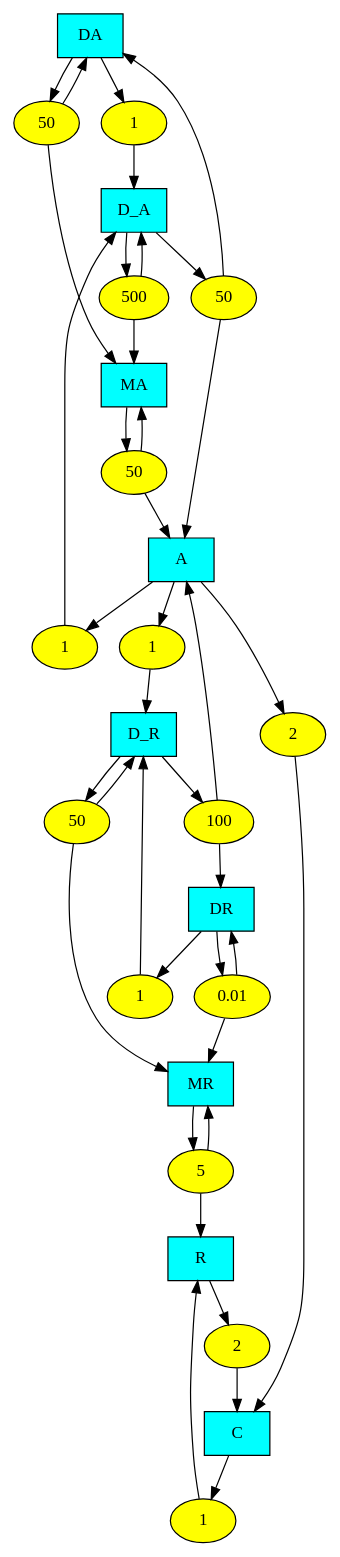
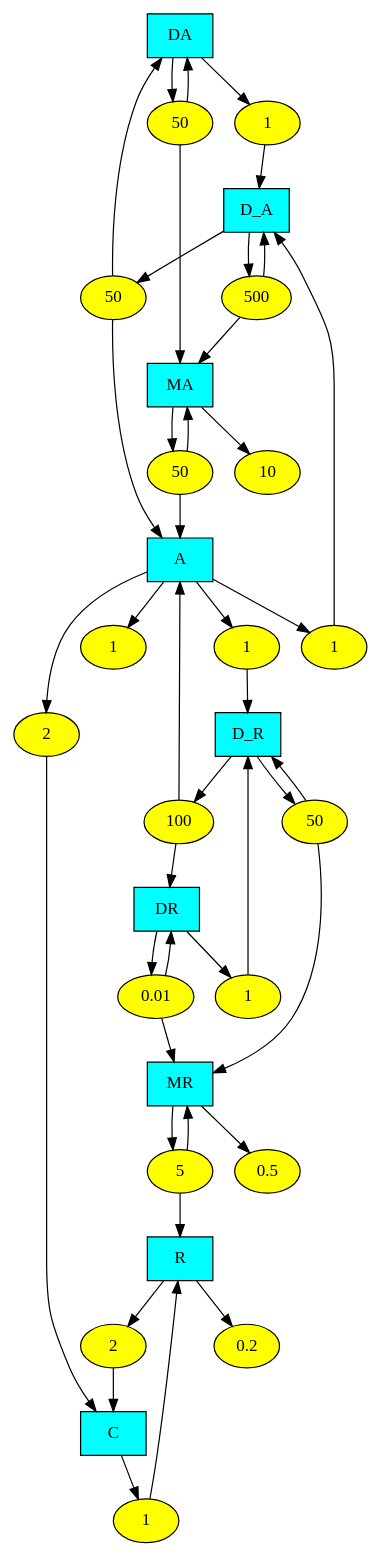
One commit to NikolajKrogh/cpp changed the diagram in Exam/output.dot. Above: the diagram before and after it, drawn with Graphviz. The commit also changed 9 other files, not shown here.

```diff
--- a/Exam/output.dot
+++ b/Exam/output.dot
@@ -1,64 +1,72 @@
 digraph {
 s0[label="DA",shape="box",style="filled",fillcolor="cyan"];
 s1[label="D_A",shape="box",style="filled",fillcolor="cyan"];
 s2[label="DR",shape="box",style="filled",fillcolor="cyan"];
 s3[label="D_R",shape="box",style="filled",fillcolor="cyan"];
 s4[label="MA",shape="box",style="filled",fillcolor="cyan"];
 s5[label="MR",shape="box",style="filled",fillcolor="cyan"];
 s6[label="A",shape="box",style="filled",fillcolor="cyan"];
 s7[label="R",shape="box",style="filled",fillcolor="cyan"];
 s8[label="C",shape="box",style="filled",fillcolor="cyan"];
 r0[label="1",shape="oval",style="filled",fillcolor="yellow"];
 s0->r0
 r0->s1
 r1[label="50",shape="oval",style="filled",fillcolor="yellow"];
 s0->r1
 r1->s0
 r1->s4
 r2[label="50",shape="oval",style="filled",fillcolor="yellow"];
 s1->r2
 r2->s0
 r2->s6
 r3[label="500",shape="oval",style="filled",fillcolor="yellow"];
 s1->r3
 r3->s1
 r3->s4
 r4[label="1",shape="oval",style="filled",fillcolor="yellow"];
 s2->r4
 r4->s3
 r5[label="0.01",shape="oval",style="filled",fillcolor="yellow"];
 s2->r5
 r5->s2
 r5->s5
 r6[label="100",shape="oval",style="filled",fillcolor="yellow"];
 s3->r6
 r6->s2
 r6->s6
 r7[label="50",shape="oval",style="filled",fillcolor="yellow"];
 s3->r7
 r7->s3
 r7->s5
 r8[label="50",shape="oval",style="filled",fillcolor="yellow"];
 s4->r8
 r8->s4
 r8->s6
-r9[label="5",shape="oval",style="filled",fillcolor="yellow"];
-s5->r9
-r9->s5
-r9->s7
-r10[label="1",shape="oval",style="filled",fillcolor="yellow"];
-s6->r10
-r10->s1
-r11[label="1",shape="oval",style="filled",fillcolor="yellow"];
-s6->r11
-r11->s3
-r12[label="2",shape="oval",style="filled",fillcolor="yellow"];
+r9[label="10",shape="oval",style="filled",fillcolor="yellow"];
+s4->r9
+r10[label="5",shape="oval",style="filled",fillcolor="yellow"];
+s5->r10
+r10->s5
+r10->s7
+r11[label="0.5",shape="oval",style="filled",fillcolor="yellow"];
+s5->r11
+r12[label="1",shape="oval",style="filled",fillcolor="yellow"];
 s6->r12
-r12->s8
-r13[label="2",shape="oval",style="filled",fillcolor="yellow"];
-s7->r13
-r13->s8
-r14[label="1",shape="oval",style="filled",fillcolor="yellow"];
-s8->r14
-r14->s7
+r12->s1
+r13[label="1",shape="oval",style="filled",fillcolor="yellow"];
+s6->r13
+r13->s3
+r14[label="2",shape="oval",style="filled",fillcolor="yellow"];
+s6->r14
+r14->s8
+r15[label="1",shape="oval",style="filled",fillcolor="yellow"];
+s6->r15
+r16[label="2",shape="oval",style="filled",fillcolor="yellow"];
+s7->r16
+r16->s8
+r17[label="0.2",shape="oval",style="filled",fillcolor="yellow"];
+s7->r17
+r18[label="1",shape="oval",style="filled",fillcolor="yellow"];
+s8->r18
+r18->s7
 }
```
